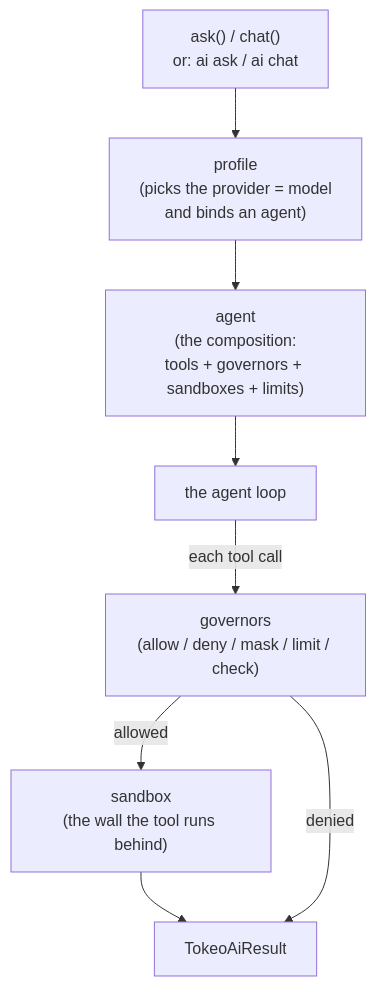
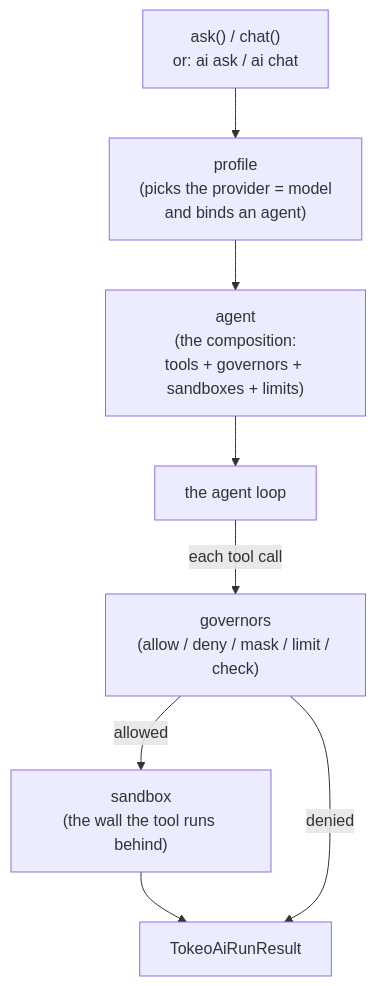
One commit to tokeo/fundi changed the first of 3 diagrams in tokeo/core/ai/config/CONFIG.md. Above: the diagram before and after it, drawn with Mermaid. The commit also changed other lines of this file and 26 other files, not shown here.

Commit message:
mod: ai data names TokeoAiChatMessage, TokeoAiUsage, TokeoAiToolCall, TokeoAiChatResult and TokeoAiRunResult

````diff
--- a/tokeo/core/ai/config/CONFIG.md
+++ b/tokeo/core/ai/config/CONFIG.md
@@ -43,11 +43,11 @@
 ```mermaid
 flowchart TD
     Call["ask() / chat()<br/>or: ai ask / ai chat"] --> Profile
     Profile["profile<br/>(picks the provider = model<br/>and binds an agent)"] --> Agent
     Agent["agent<br/>(the composition:<br/>tools + governors + sandboxes + limits)"] --> Loop
     Loop["the agent loop"] -->|each tool call| Guards
     Guards["governors<br/>(allow / deny / mask / limit / check)"] -->|allowed| Sandbox
     Sandbox["sandbox<br/>(the wall the tool runs behind)"] --> Result
     Guards -->|denied| Result
-    Result["TokeoAiResult"]
+    Result["TokeoAiRunResult"]
 ```
````
